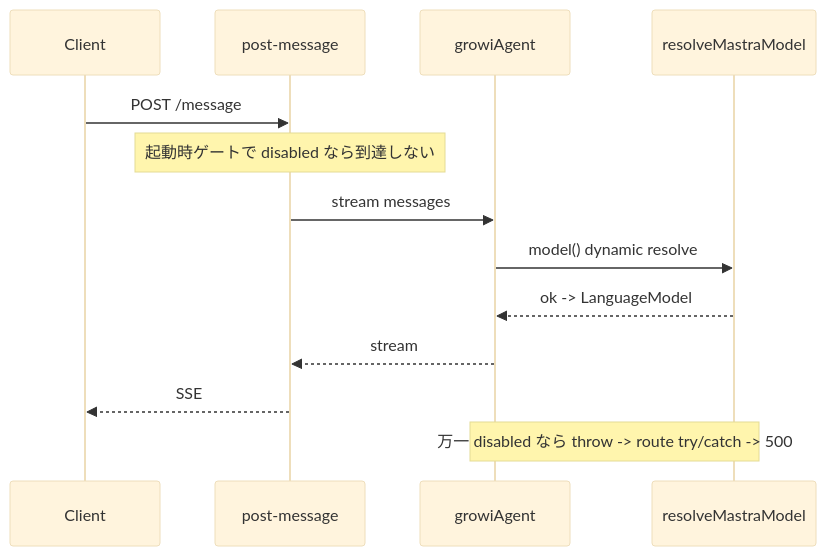
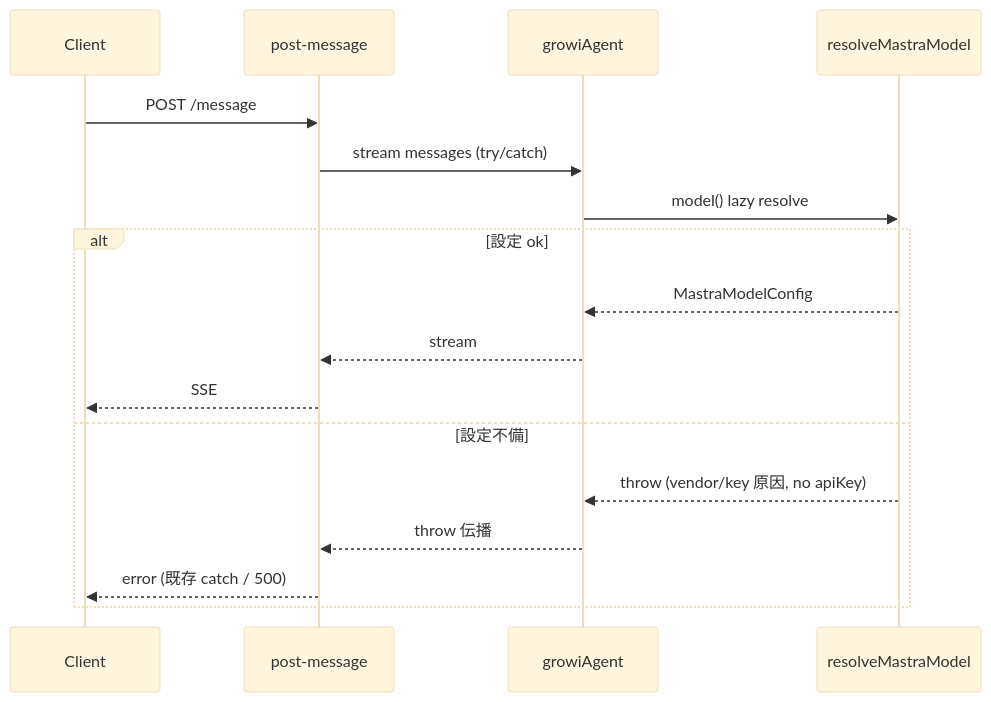
One commit to growilabs/growi changed the second of 2 diagrams in .kiro/specs/multi-llm-provider/design.md. Above: the diagram before and after it, drawn with Mermaid (base theme). The commit also changed other lines of this file and 3 other files, not shown here.

First line of the commit message:
docs(multi-llm-provider): sync spec to single-config + throw-based redesign

````diff
--- a/.kiro/specs/multi-llm-provider/design.md
+++ b/.kiro/specs/multi-llm-provider/design.md
@@ -161,15 +138,19 @@
 ```mermaid
 sequenceDiagram
   participant Client
   participant Route as post-message
   participant Agent as growiAgent
   participant Resolver as resolveMastraModel
   Client->>Route: POST /message
-  Note over Route: 起動時ゲートで disabled なら到達しない
-  Route->>Agent: stream messages
-  Agent->>Resolver: model() dynamic resolve
-  Resolver-->>Agent: ok -> LanguageModel
-  Agent-->>Route: stream
-  Route-->>Client: SSE
-  Note over Agent,Resolver: 万一 disabled なら throw -> route try/catch -> 500
+  Route->>Agent: stream messages (try/catch)
+  Agent->>Resolver: model() lazy resolve
+  alt 設定 ok
+    Resolver-->>Agent: MastraModelConfig
+    Agent-->>Route: stream
+    Route-->>Client: SSE
+  else 設定不備
+    Resolver-->>Agent: throw (vendor/key 原因, no apiKey)
+    Agent-->>Route: throw 伝播
+    Route-->>Client: error (既存 catch / 500)
+  end
 ```
````
